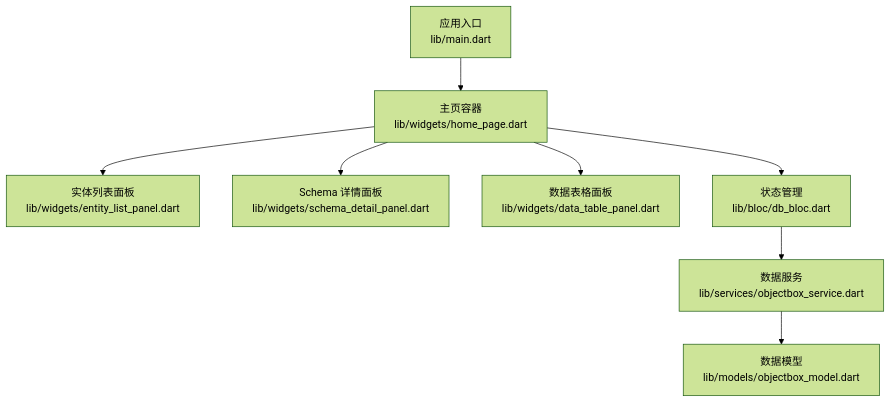
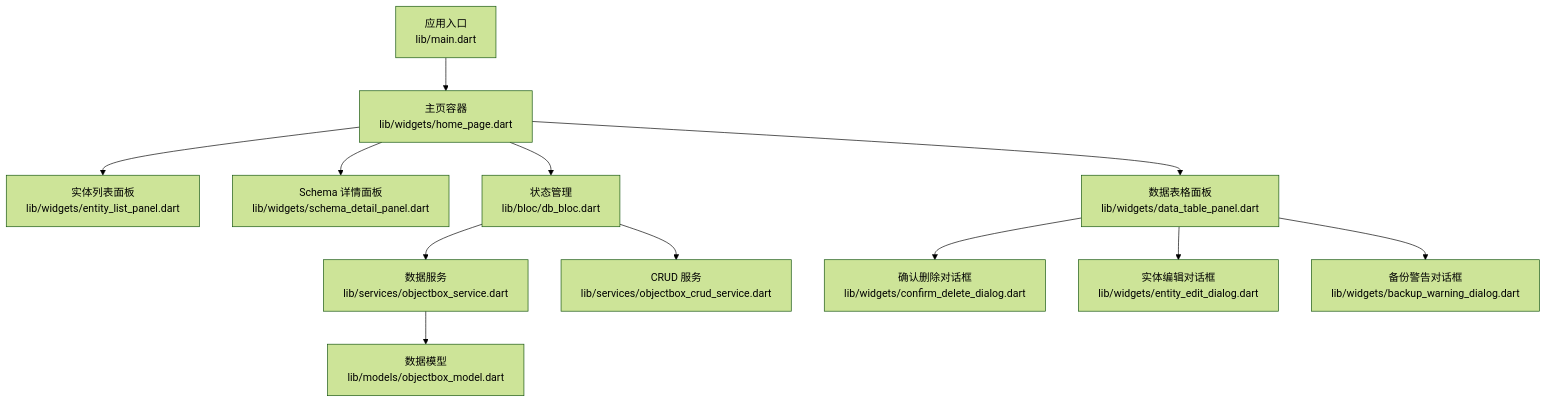
Before and after one commit to kongpf8848/objectbox_viewer: the first of 4 diagrams in .qoder/repowiki/zh/content/核心功能/数据展示.md, drawn with Mermaid (forest theme). The commit also changed other lines of this file and 19 other files, not shown here.

````diff
--- a/.qoder/repowiki/zh/content/核心功能/数据展示.md
+++ b/.qoder/repowiki/zh/content/核心功能/数据展示.md
@@ -46,10 +60,14 @@
 ```mermaid
 graph TB
 A["应用入口<br/>lib/main.dart"] --> B["主页容器<br/>lib/widgets/home_page.dart"]
 B --> C["实体列表面板<br/>lib/widgets/entity_list_panel.dart"]
 B --> D["Schema 详情面板<br/>lib/widgets/schema_detail_panel.dart"]
 B --> E["数据表格面板<br/>lib/widgets/data_table_panel.dart"]
 B --> F["状态管理<br/>lib/bloc/db_bloc.dart"]
 F --> G["数据服务<br/>lib/services/objectbox_service.dart"]
-G --> H["数据模型<br/>lib/models/objectbox_model.dart"]
+F --> H["CRUD 服务<br/>lib/services/objectbox_crud_service.dart"]
+G --> I["数据模型<br/>lib/models/objectbox_model.dart"]
+E --> J["确认删除对话框<br/>lib/widgets/confirm_delete_dialog.dart"]
+E --> K["实体编辑对话框<br/>lib/widgets/entity_edit_dialog.dart"]
+E --> L["备份警告对话框<br/>lib/widgets/backup_warning_dialog.dart"]
 ```
````
